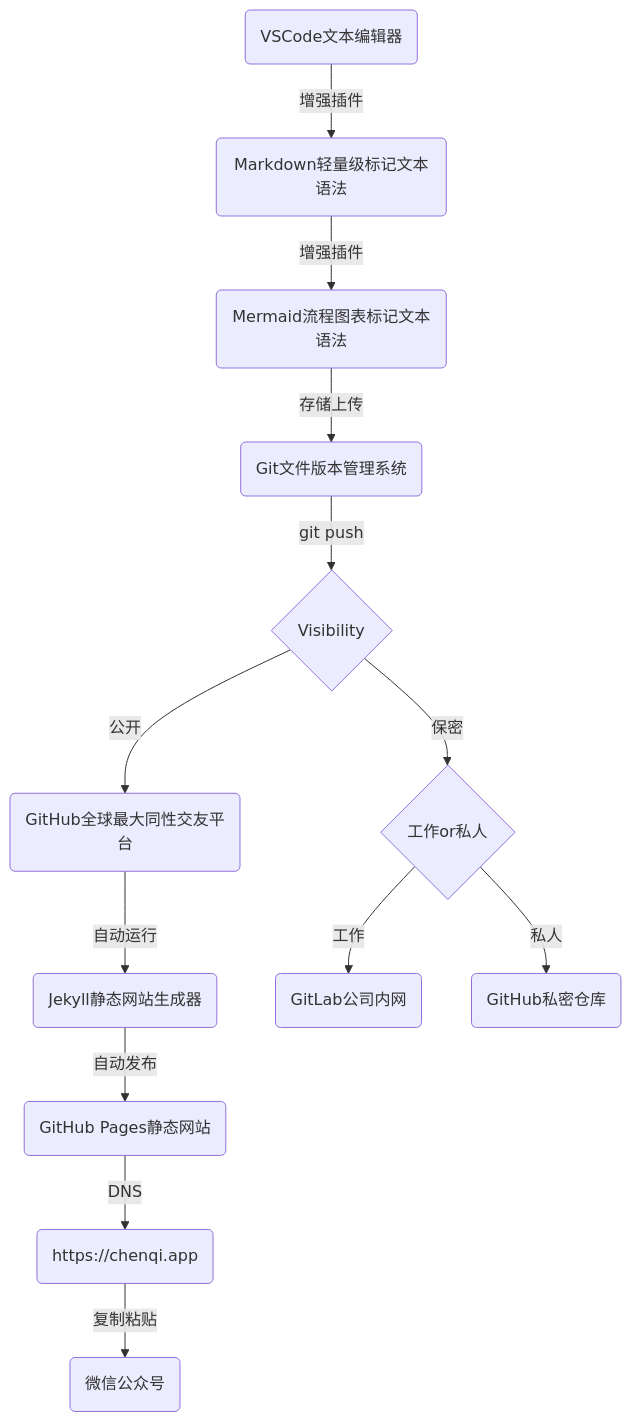
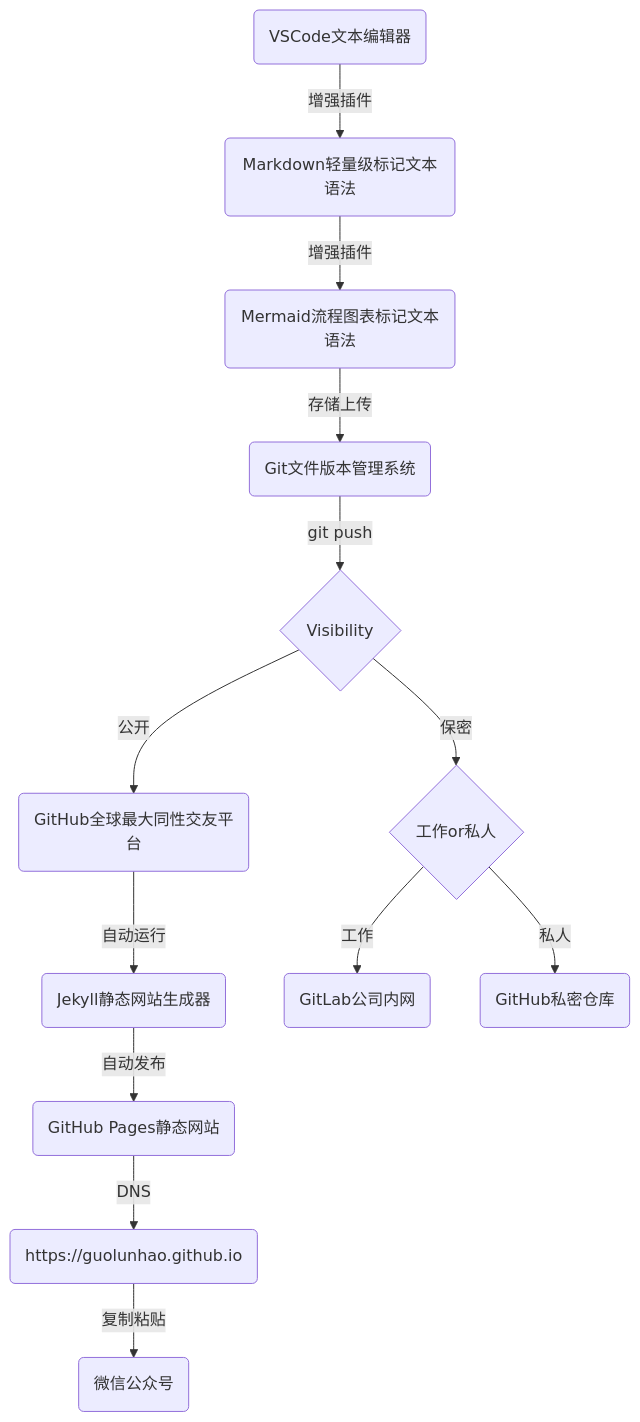
One commit to GuoLunHao/guolunhao.github.io changed the diagram in _posts/技术/2021-08-24-在Jekyll中显示流程图.md. Above: the diagram before and after it, drawn with Mermaid. The commit also changed 2 other files, not shown here.

Commit message:
复制剪切板替换为中文

````diff
--- a/_posts/技术/2021-08-24-在Jekyll中显示流程图.md
+++ b/_posts/技术/2021-08-24-在Jekyll中显示流程图.md
@@ -14,30 +14,30 @@
 ```mermaid
 graph TB
     vsc(VSCode文本编辑器)
     md(Markdown轻量级标记文本语法)
     mm(Mermaid流程图表标记文本语法)
     git(Git文件版本管理系统)
     gh(GitHub全球最大同性交友平台)
     ghp(GitHub Pages静态网站)
     jk(Jekyll静态网站生成器)
-    cqa(https://chenqi.app)
+    cqa(https://guolunhao.github.io)
     mp(微信公众号)
 
     gl(GitLab公司内网)
     ghv(GitHub私密仓库)
 
     vsc -->|增强插件|md
     md -->|增强插件|mm
     mm -->|存储上传|git
     git -->|git push|v{Visibility}
     v -->|公开|gh
     v -->|保密|wp{工作or私人}
 
     gh -->|自动运行|jk
     jk -->|自动发布|ghp
     ghp -->|DNS|cqa
     cqa -->|复制粘贴|mp
 
     wp -->|工作|gl
     wp -->|私人|ghv
 ```
````
